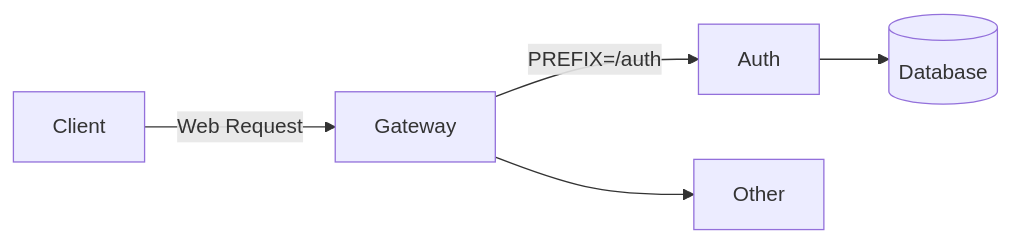
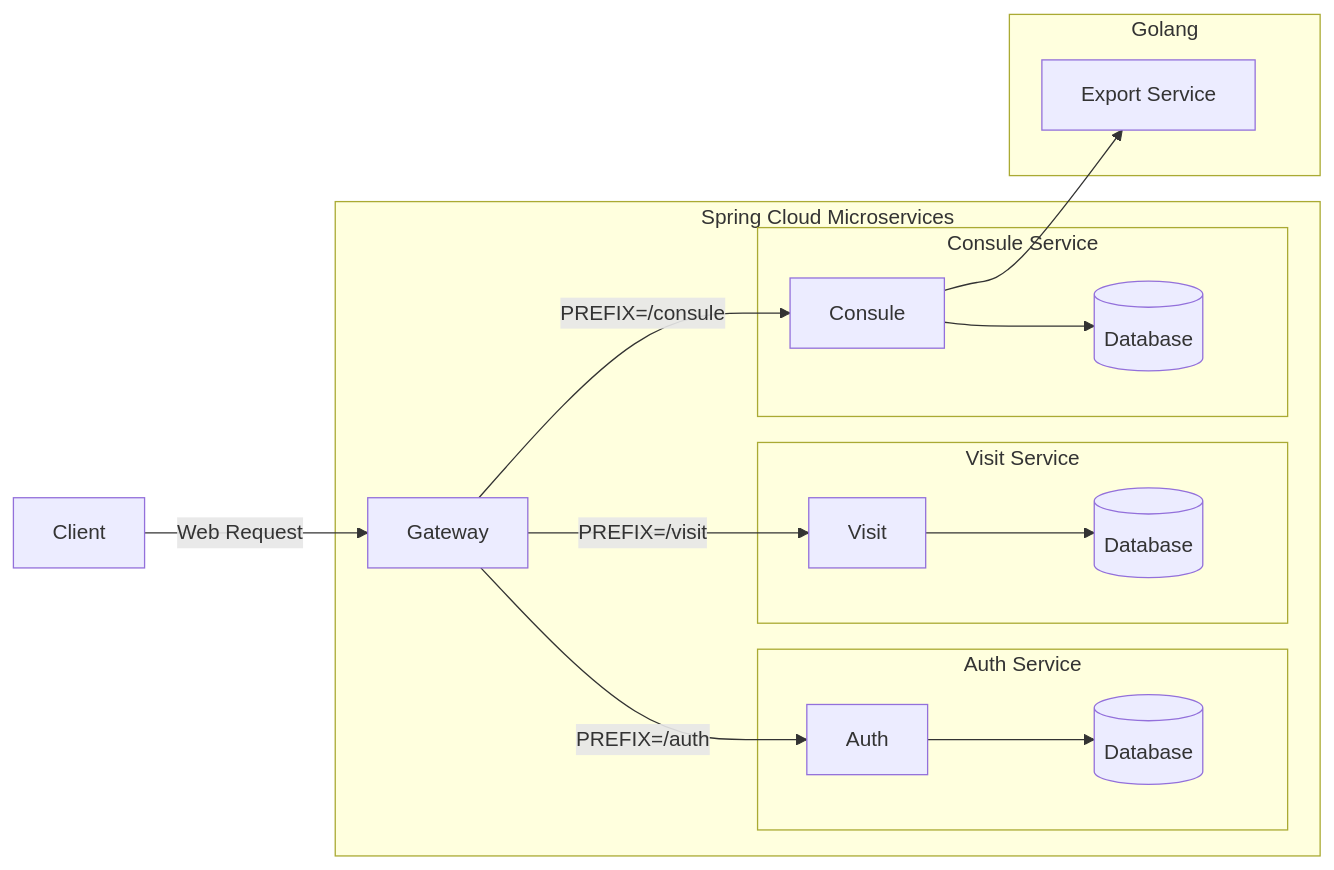
Before and after one commit to tzq0301/pcs: the diagram in README.md, drawn with Mermaid.

Commit message:
feat(README.md): 完善"微服务通信"图

````diff
--- a/README.md
+++ b/README.md
@@ -32,7 +32,30 @@
 ```mermaid
 flowchart LR
-    client[Client] -->|Web Request| gateway[Gateway]
-    gateway -->|PREFIX=/auth| auth[Auth]
-    auth --> db[(Database)]
-    gateway --> other[Other]
+    client[Client] --> |Web Request| gateway[Gateway]
+    
+    subgraph java [Spring Cloud Microservices]
+        gateway -->|PREFIX=/auth| auth[Auth]
+        
+        subgraph auth-microservice[Auth Service]
+            auth --> db-auth[(Database)]
+        end
+        
+        gateway -->|PREFIX=/visit| visit[Visit]
+        
+        subgraph visit-microservice[Visit Service]
+            visit --> db-visit[(Database)]
+        end
+        
+        gateway -->|PREFIX=/consule| consule[Consule]
+        
+        subgraph consule-microservice[Consule Service]
+            consule --> db-consule[(Database)]
+        end
+    end
+    
+    consule --> export
+    
+    subgraph go [Golang]
+        export[Export Service]
+    end
 ```
````
